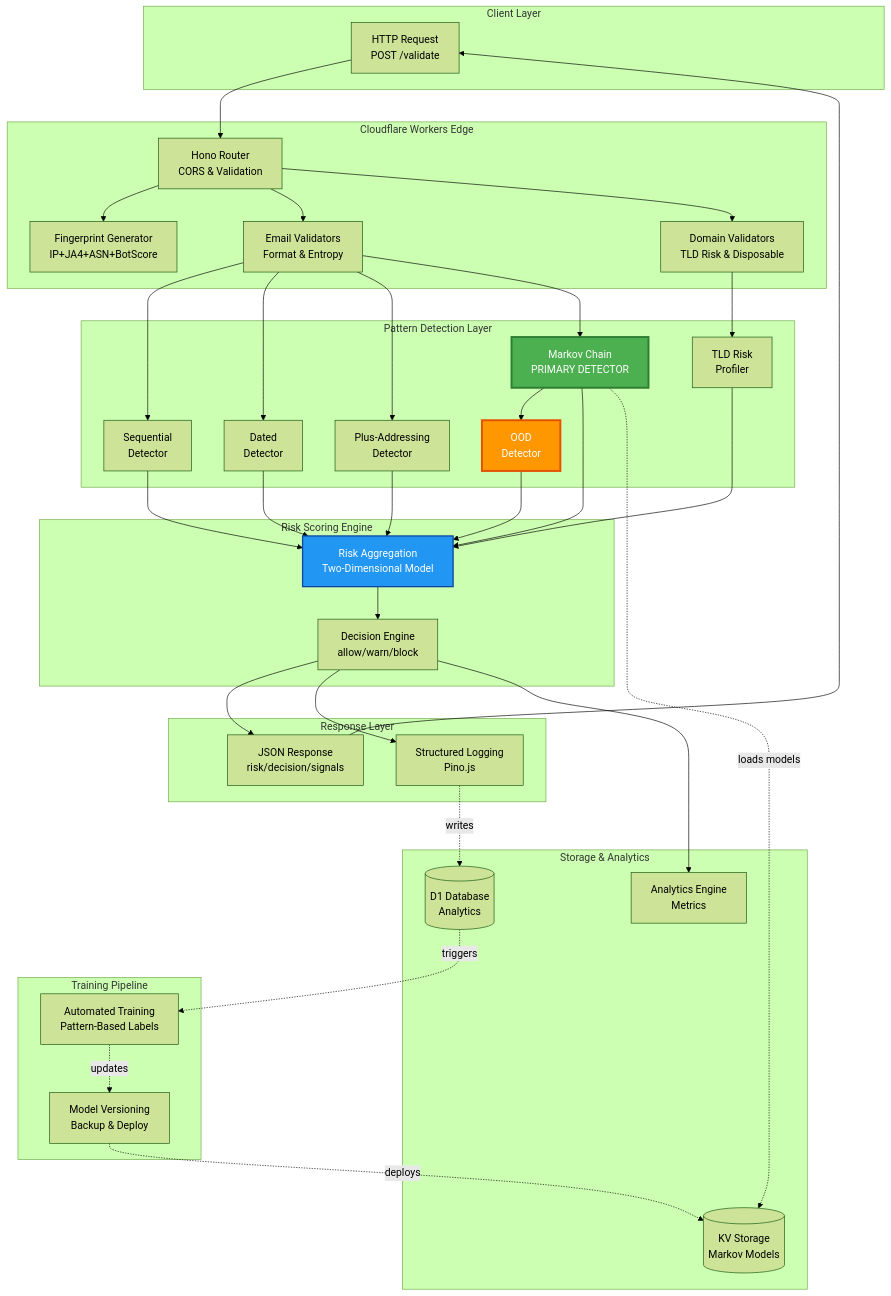
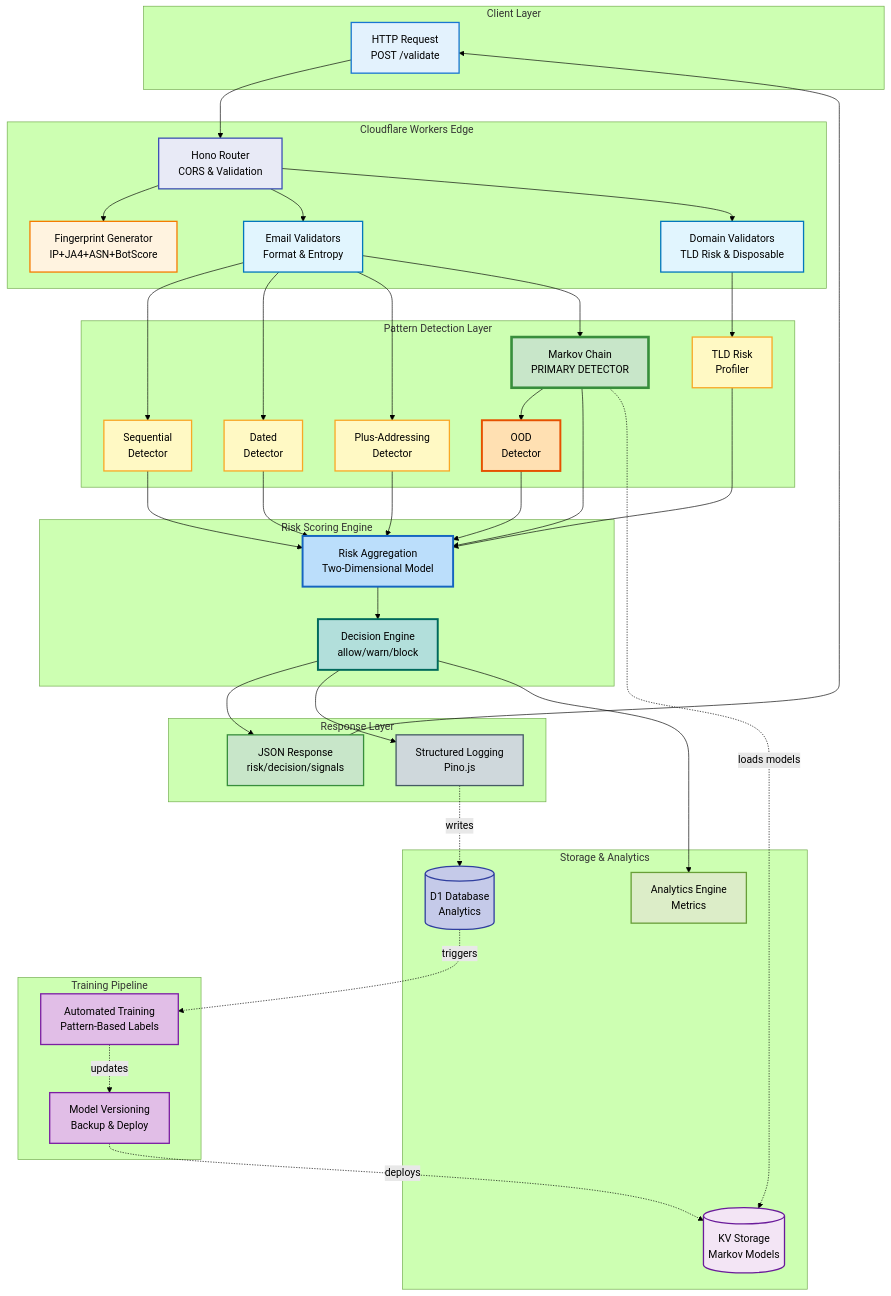
The first of 10 diagrams in docs/MARKOV_CHAIN_DIAGRAMS.md (erfianugrah/bogus-email-pattern-recognition), drawn with Mermaid (forest theme) before and after one commit. The commit also changed other lines of this file, not shown here.

First line of the commit message:
Design: Enhance diagram readability with comprehensive color system

````diff
--- a/docs/MARKOV_CHAIN_DIAGRAMS.md
+++ b/docs/MARKOV_CHAIN_DIAGRAMS.md
@@ -99,7 +144,29 @@
 
     L --> A
 
-    style F5 fill:#4CAF50,stroke:#2E7D32,stroke-width:3px,color:#fff
-    style F6 fill:#FF9800,stroke:#E65100,stroke-width:3px,color:#fff
-    style G fill:#2196F3,stroke:#0D47A1,stroke-width:2px,color:#fff
+    style A fill:#E3F2FD,stroke:#1976D2,stroke-width:2px
+    style B fill:#E8EAF6,stroke:#3F51B5,stroke-width:2px
+    style C fill:#FFF3E0,stroke:#F57C00,stroke-width:2px
+    style D fill:#E1F5FE,stroke:#0277BD,stroke-width:2px
+    style E fill:#E1F5FE,stroke:#0277BD,stroke-width:2px
+
+    style F1 fill:#FFF9C4,stroke:#F9A825,stroke-width:2px
+    style F2 fill:#FFF9C4,stroke:#F9A825,stroke-width:2px
+    style F3 fill:#FFF9C4,stroke:#F9A825,stroke-width:2px
+    style F4 fill:#FFF9C4,stroke:#F9A825,stroke-width:2px
+    style F5 fill:#C8E6C9,stroke:#388E3C,stroke-width:4px,color:#000
+    style F6 fill:#FFE0B2,stroke:#E65100,stroke-width:3px,color:#000
+
+    style G fill:#BBDEFB,stroke:#1565C0,stroke-width:3px,color:#000
+    style H fill:#B2DFDB,stroke:#00695C,stroke-width:3px,color:#000
+
+    style I1 fill:#F3E5F5,stroke:#6A1B9A,stroke-width:2px
+    style I2 fill:#C5CAE9,stroke:#303F9F,stroke-width:2px
+    style I3 fill:#DCEDC8,stroke:#689F38,stroke-width:2px
+
+    style J fill:#E1BEE7,stroke:#7B1FA2,stroke-width:2px
+    style K fill:#E1BEE7,stroke:#7B1FA2,stroke-width:2px
+
+    style L fill:#C8E6C9,stroke:#388E3C,stroke-width:2px
+    style M fill:#CFD8DC,stroke:#455A64,stroke-width:2px
 ```
````
